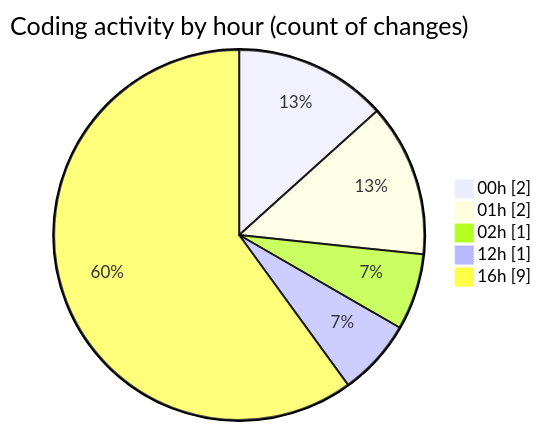
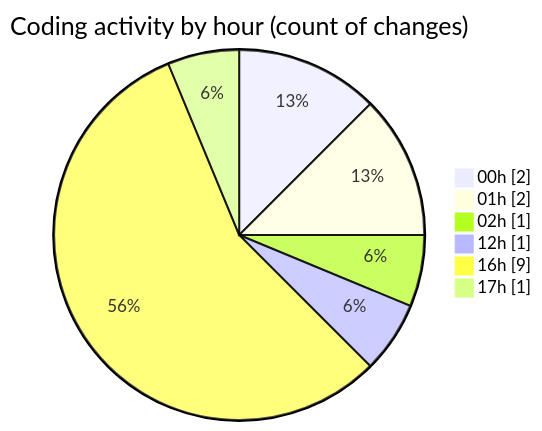
Before and after one commit to shibass792/code-tracking: the second of 2 diagrams in 2026-07-09/twenty_versions_aminor/README.md, drawn with Mermaid. The commit also changed other lines of this file and 1 other file, not shown here.

````diff
--- a/2026-07-09/twenty_versions_aminor/README.md
+++ b/2026-07-09/twenty_versions_aminor/README.md
@@ -35,9 +36,10 @@
 ```mermaid
 pie showData
 title Coding activity by hour (count of changes)
 "00h" : 2
 "01h" : 2
 "02h" : 1
 "12h" : 1
 "16h" : 9
+"17h" : 1
 ```
````
